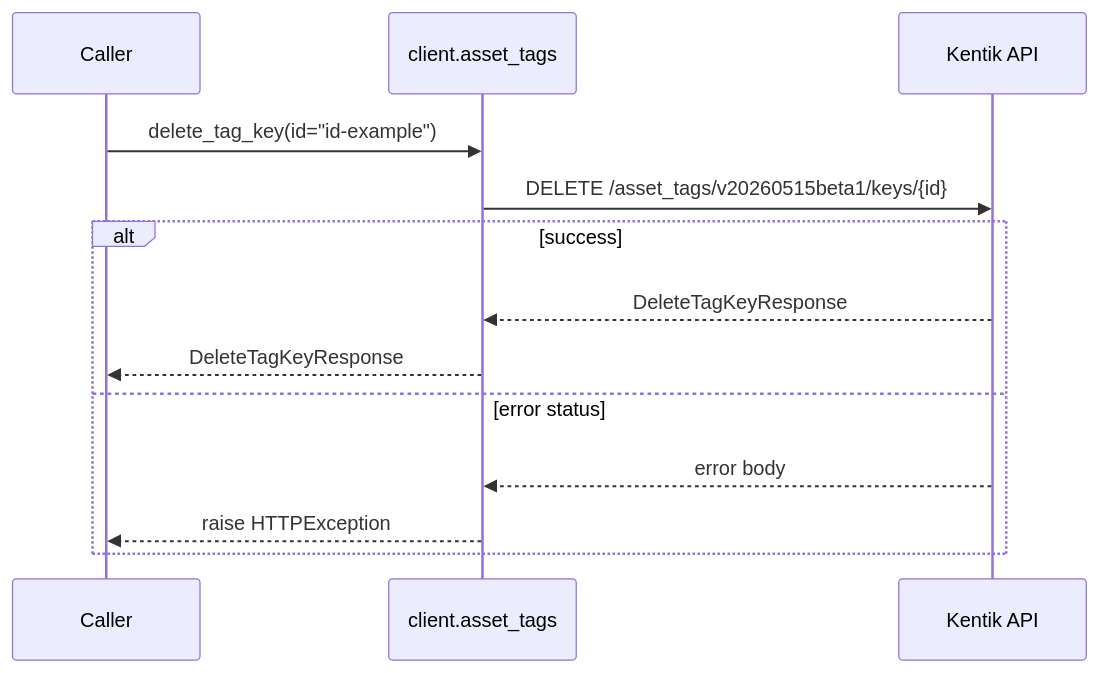
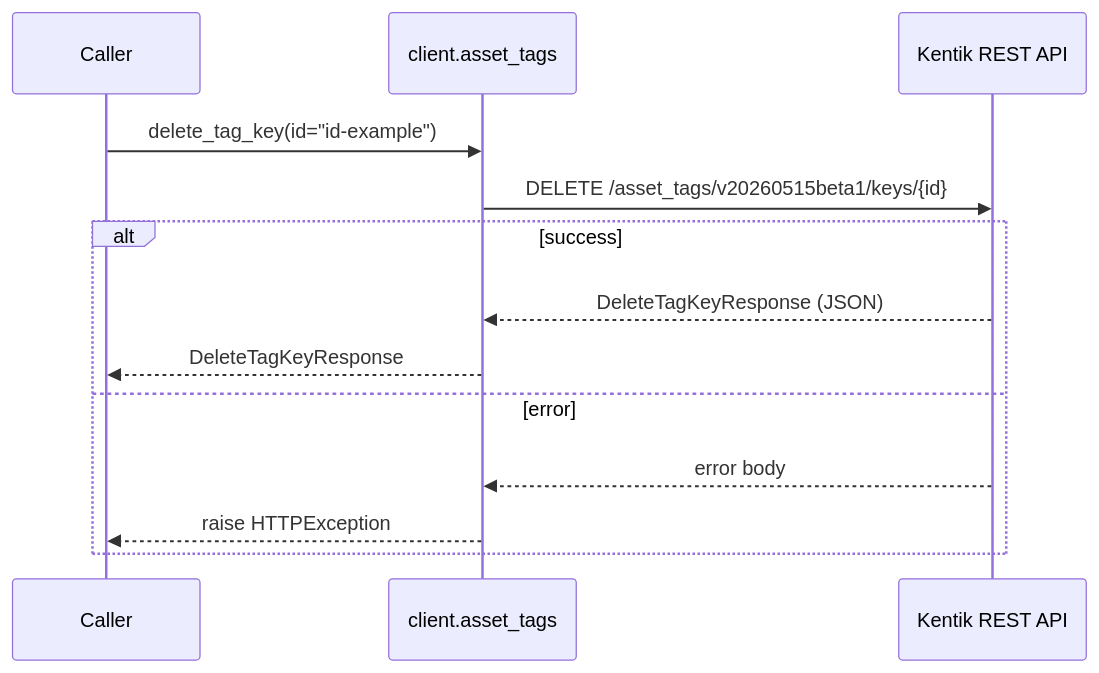
One commit to alexdearaujo/community_sdk_python changed diagram 12 of 20 in docs/sphinx/services/asset_tags.md. Above: the diagram before and after it, drawn with Mermaid. The commit also changed other lines of this file and 61 other files, not shown here.

````diff
--- a/docs/sphinx/services/asset_tags.md
+++ b/docs/sphinx/services/asset_tags.md
@@ -279,16 +406,16 @@
 ```mermaid
 sequenceDiagram
     participant C as Caller
     participant W as client.asset_tags
-    participant API as Kentik API
+    participant API as Kentik REST API
 
     C->>W: delete_tag_key(id="id-example")
     W->>API: DELETE /asset_tags/v20260515beta1/keys/{id}
     alt success
-        API-->>W: DeleteTagKeyResponse
+        API-->>W: DeleteTagKeyResponse (JSON)
         W-->>C: DeleteTagKeyResponse
-    else error status
+    else error
         API-->>W: error body
         W-->>C: raise HTTPException
     end
 ```
````
